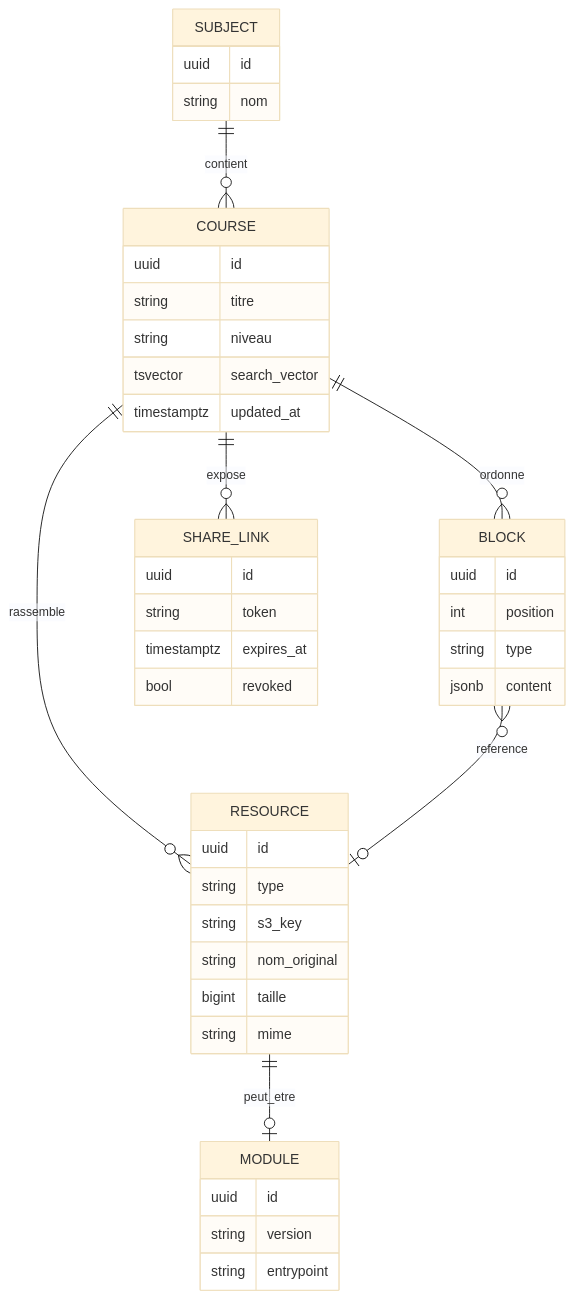
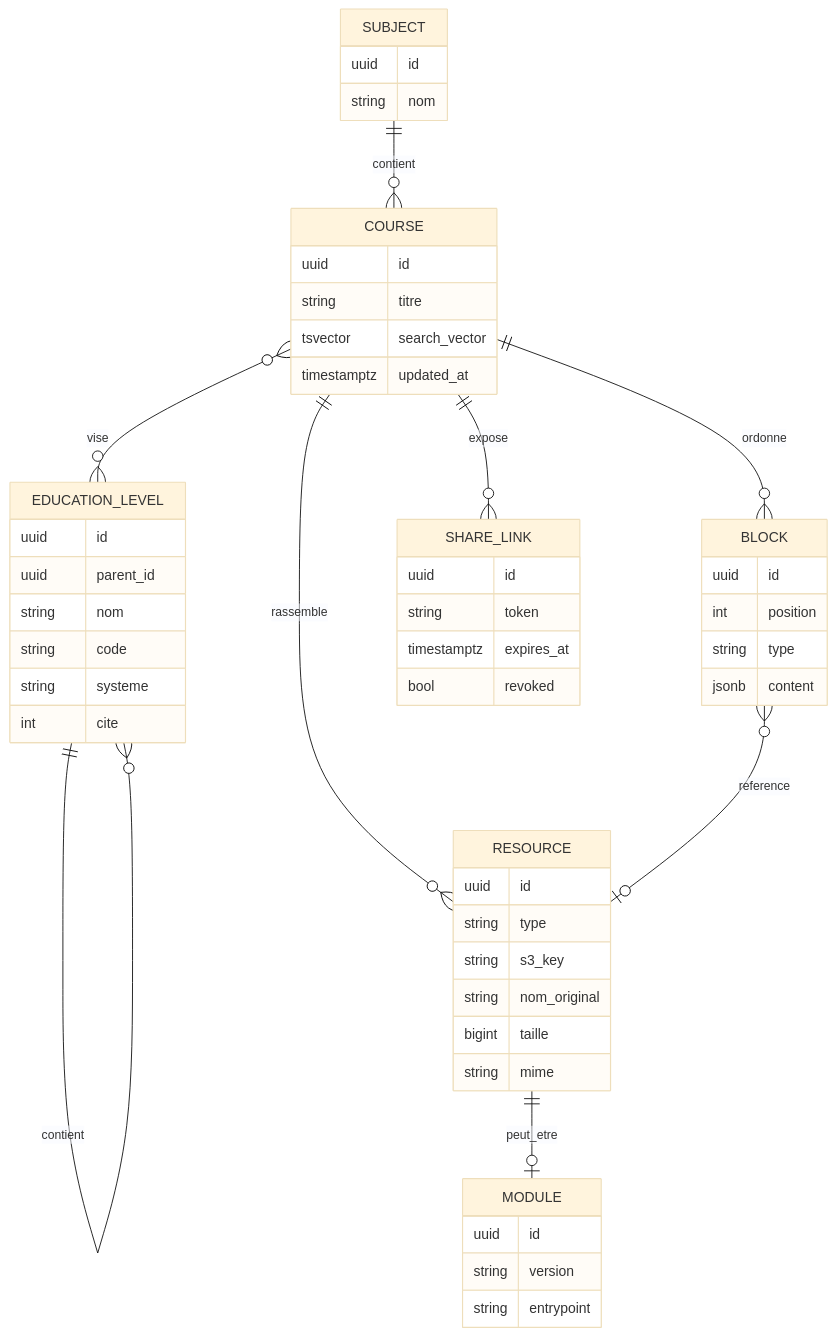
The second of 2 diagrams in Descriptions.md (flobatard/OpenCartableFront), drawn with Mermaid (base theme) before and after one commit. The commit also changed other lines of this file and 12 other files, not shown here.

Commit message:
Adding education level picker

````diff
--- a/Descriptions.md
+++ b/Descriptions.md
@@ -157,46 +157,55 @@
 ```mermaid
 erDiagram
     SUBJECT ||--o{ COURSE : contient
+    EDUCATION_LEVEL ||--o{ EDUCATION_LEVEL : contient
+    COURSE  }o--o{ EDUCATION_LEVEL : vise
     COURSE  ||--o{ BLOCK : ordonne
     COURSE  ||--o{ RESOURCE : rassemble
     BLOCK   }o--o| RESOURCE : reference
     COURSE  ||--o{ SHARE_LINK : expose
     RESOURCE ||--o| MODULE : peut_etre
 
     SUBJECT {
       uuid id
       string nom
     }
+    EDUCATION_LEVEL {
+      uuid id
+      uuid parent_id
+      string nom
+      string code
+      string systeme
+      int cite
+    }
     COURSE {
       uuid id
       string titre
-      string niveau
       tsvector search_vector
       timestamptz updated_at
     }
     BLOCK {
       uuid id
       int position
       string type
       jsonb content
     }
     RESOURCE {
       uuid id
       string type
       string s3_key
       string nom_original
       bigint taille
       string mime
     }
     MODULE {
       uuid id
       string version
       string entrypoint
     }
     SHARE_LINK {
       uuid id
       string token
       timestamptz expires_at
       bool revoked
     }
 ```
````
